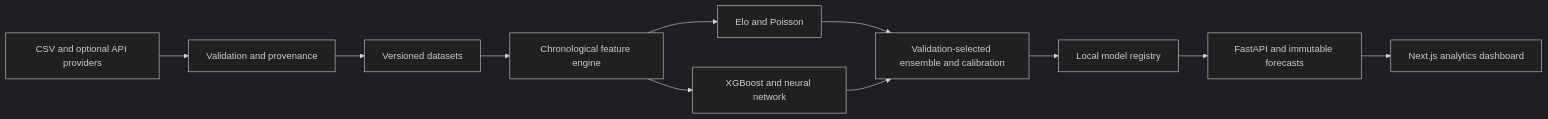
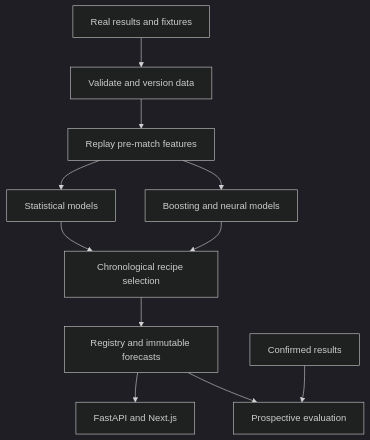
Before and after one commit to aeubs66/premer_leage_ai: the diagram in README.md, drawn with Mermaid (dark theme). The commit also changed other lines of this file and 4 other files, not shown here.

````diff
--- a/README.md
+++ b/README.md
@@ -21,13 +108,13 @@
 ```mermaid
-flowchart LR
-    A[CSV and optional API providers] --> B[Validation and provenance]
-    B --> C[Versioned datasets]
-    C --> D[Chronological feature engine]
-    D --> E[Elo and Poisson]
-    D --> F[XGBoost and neural network]
-    E --> G[Validation-selected ensemble and calibration]
-    F --> G
-    G --> H[Local model registry]
-    H --> I[FastAPI and immutable forecasts]
-    I --> J[Next.js analytics dashboard]
+flowchart TD
+    A["Real results and fixtures"] --> B["Validate and version data"]
+    B --> C["Replay pre-match features"]
+    C --> D["Statistical models"]
+    C --> E["Boosting and neural models"]
+    D --> F["Chronological recipe selection"]
+    E --> F
+    F --> G["Registry and immutable forecasts"]
+    G --> H["FastAPI and Next.js"]
+    I["Confirmed results"] --> J["Prospective evaluation"]
+    G --> J
 ```
````
